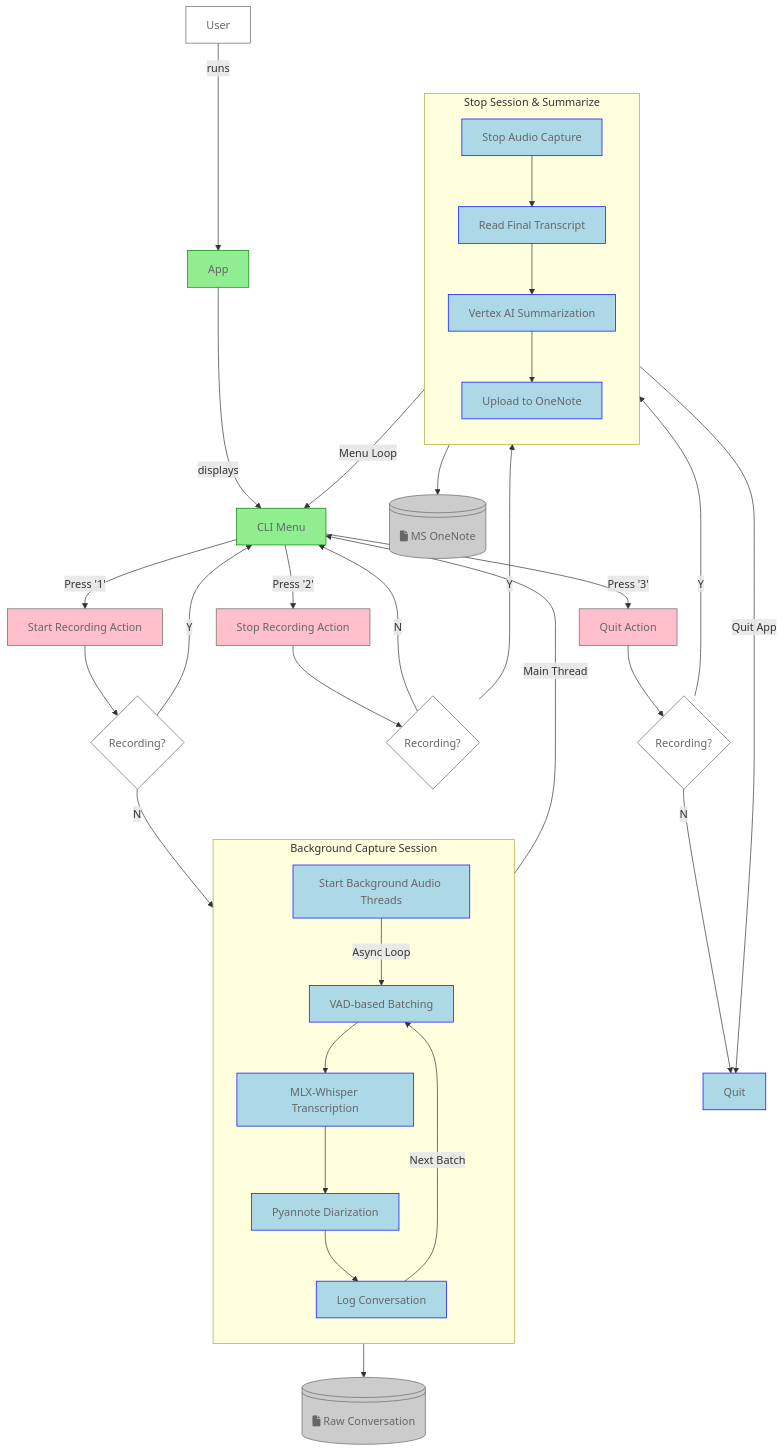
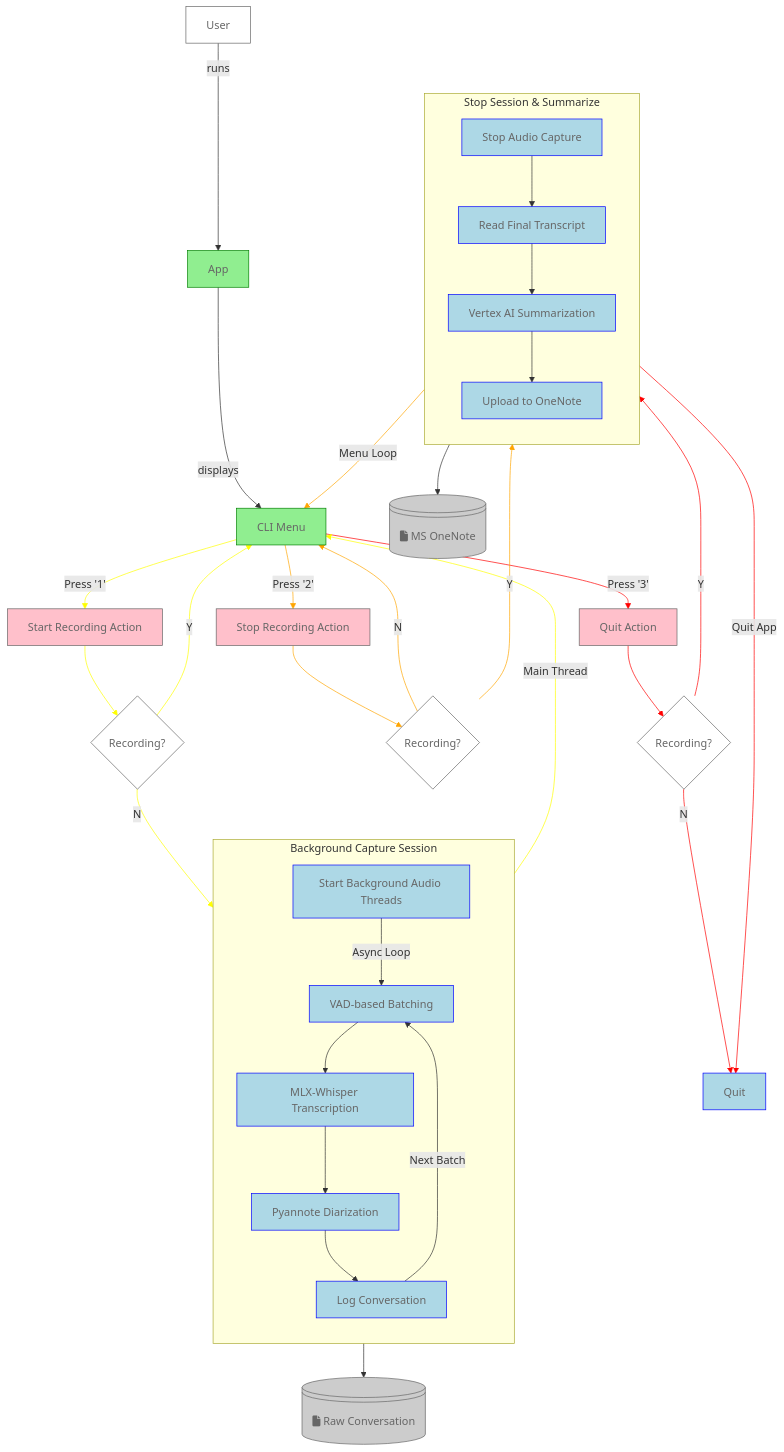
Before and after one commit to choonchernlim/you-talk-too-much-app: the diagram in README.md, drawn with Mermaid.

Commit message:
feat: update flowchart in README with additional action options for improved clarity

````diff
--- a/README.md
+++ b/README.md
@@ -26,69 +26,77 @@
 ```mermaid
 flowchart TD
    A[User]:::defClass
    APP[App]:::appClass
    MENU[CLI Menu]:::appClass
    OPT1[Start Recording Action]:::optClass
    OPT2[Stop Recording Action]:::optClass
    OPT3[Quit Action]:::optClass
 
    FILESYSTEM:::artifactClass@{ shape: lin-cyl, label: "fa:fa-file Raw Conversation" }
    ONENOTE:::artifactClass@{ shape: lin-cyl, label: "fa:fa-file MS OneNote" }
 
    subgraph CaptureProcess[Background Capture Session]
        direction TB
        STEP1A[Start Background Audio Threads]:::toolClass
        STEP1B[VAD-based Batching]:::toolClass
        STEP1C[MLX-Whisper Transcription]:::toolClass
        STEP1D[Pyannote Diarization]:::toolClass
        STEP1E[Log Conversation]:::toolClass
    end
 
    subgraph StopProcess[Stop Session & Summarize]
        direction TB
        STEP2A[Stop Audio Capture]:::toolClass
        STEP2B[Read Final Transcript]:::toolClass
        STEP2C[Vertex AI Summarization]:::toolClass
        STEP2D[Upload to OneNote]:::toolClass
    end
 
 
    A -- runs --> APP
    APP -- displays --> MENU
 
-   MENU -- Press '1' --> OPT1
-   OPT1 --> DEC1{Recording?}:::defClass
-   DEC1 -- Y --> MENU
-   DEC1 -- N --> STEP1A
-   STEP1A -- Main Thread --> MENU
+   MENU OPT1_1@-- Press '1' --> OPT1
+   OPT1 OPT1_2@--> DEC1{Recording?}:::defClass
+   DEC1 OPT1_3@-- Y --> MENU
+   DEC1 OPT1_4@-- N --> STEP1A
+   STEP1A OPT1_5@-- Main Thread --> MENU
    STEP1A -- Async Loop --> STEP1B
    STEP1B --> STEP1C
    STEP1C --> STEP1D
    STEP1D --> STEP1E
    STEP1E --> FILESYSTEM
    STEP1E -- Next Batch --> STEP1B
 
-   MENU -- Press '2' --> OPT2
-   OPT2 --> DEC2{Recording?}:::defClass
-   DEC2 -- N --> MENU
-   DEC2 -- Y --> STEP2A
+   MENU OPT2_1@-- Press '2' --> OPT2
+   OPT2 OPT2_2@--> DEC2{Recording?}:::defClass
+   DEC2 OPT2_3@-- N --> MENU
+   DEC2 OPT2_4@-- Y --> STEP2A
 
    STEP2A --> STEP2B
    STEP2B --> STEP2C
    STEP2C --> STEP2D
    STEP2D --> ONENOTE
 
-   STEP2D -- Menu Loop --> MENU
+   STEP2D OPT2_5@-- Menu Loop --> MENU
 
-   MENU -- Press '3' --> OPT3
-   OPT3 --> DEC3{Recording?}:::defClass
-   DEC3 -- Y --> STEP2A
-   DEC3 -- N --> STEP3A[Quit]:::toolClass
-   STEP2D -- Quit App --> STEP3A
+   MENU OPT3_1@-- Press '3' --> OPT3
+   OPT3 OPT3_2@--> DEC3{Recording?}:::defClass
+   DEC3 OPT3_3@-- Y --> STEP2A
+   DEC3 OPT3_4@-- N --> STEP3A[Quit]:::toolClass
+   STEP2D OPT3_5@-- Quit App --> STEP3A
+
+   class OPT1_1,OPT1_2,OPT1_3,OPT1_4,OPT1_5,OPT1_6 line1Class;
+   class OPT2_1,OPT2_2,OPT2_3,OPT2_4,OPT2_5 line2Class;
+   class OPT3_1,OPT3_2,OPT3_3,OPT3_4,OPT3_5 line3Class;
+
+   classDef line1Class stroke:yellow
+   classDef line2Class stroke:orange
+   classDef line3Class stroke:red
 
    classDef defClass fill:#FFFFFF,stroke:#666666,color:#666666
    classDef optClass fill:pink,stroke:#666666,color:#666666
    classDef appClass fill:lightgreen,stroke:green,color:#666666
    classDef toolClass fill:lightblue,stroke:blue,color:#666666
    classDef artifactClass fill:#CCCCCC,stroke:#666666,color:#666666
 ```
````
